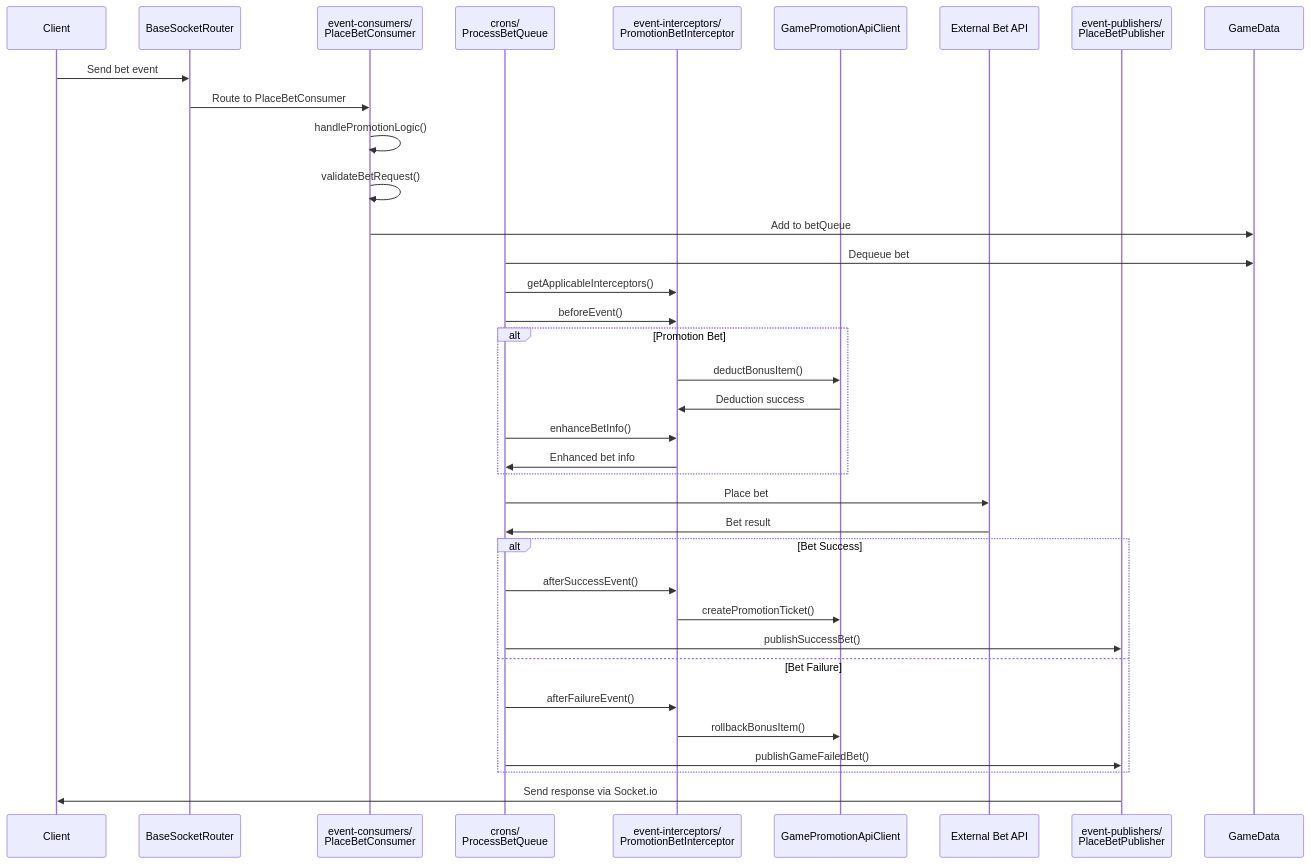
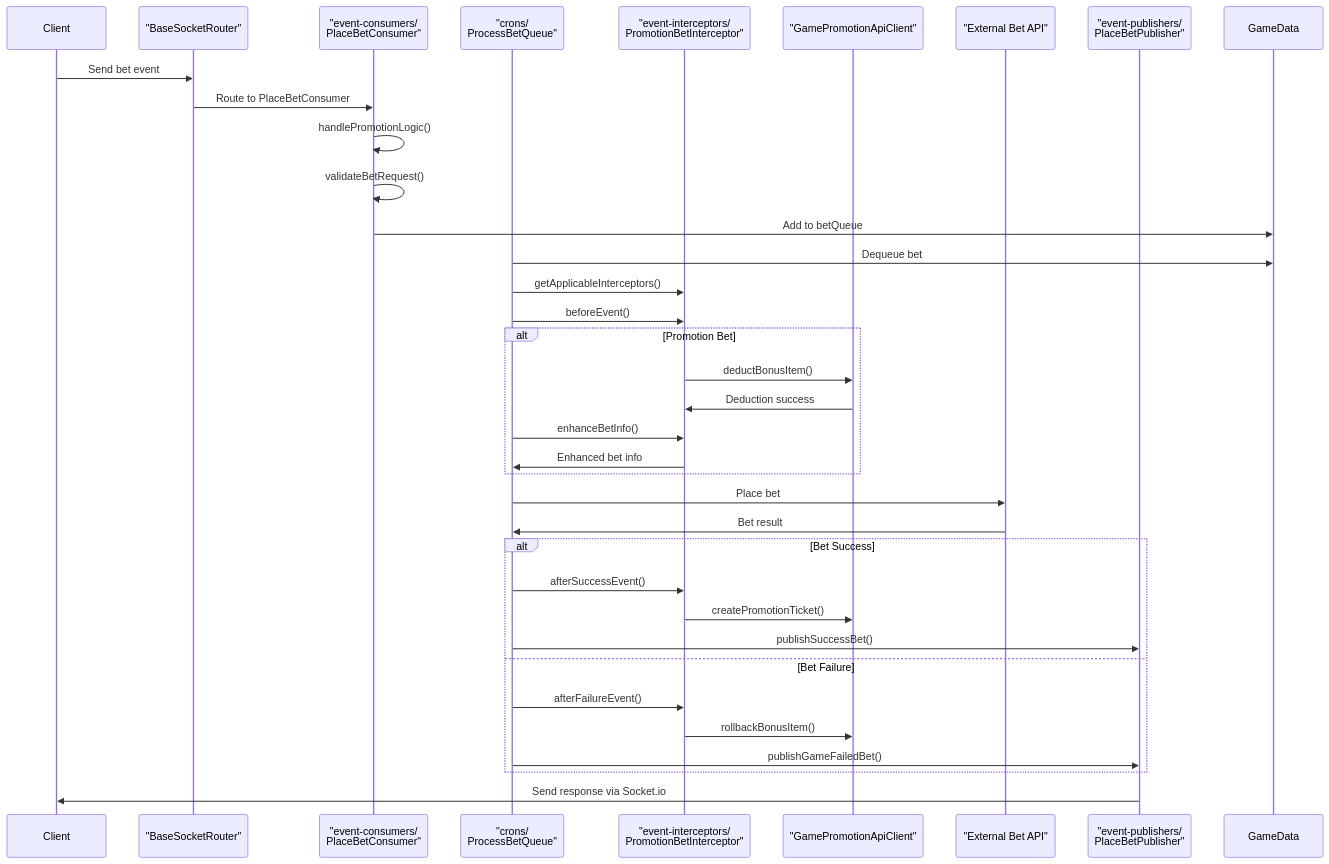
The seventh of 7 diagrams in diagrams/place-bet-flow-diagram.md (starixvn/l1_sc-packages_sc-game-base), drawn with Mermaid before and after one commit. The commit also changed other lines of this file, not shown here.

Commit message:
docs: update place-place-bet-flow-diagram

````diff
--- a/diagrams/place-bet-flow-diagram.md
+++ b/diagrams/place-bet-flow-diagram.md
@@ -255,44 +255,44 @@
 ```mermaid
 sequenceDiagram
     participant Client
-    participant Router as BaseSocketRouter
-    participant Consumer as event-consumers/<br/>PlaceBetConsumer
-    participant Queue as crons/<br/>ProcessBetQueue
-    participant Interceptor as event-interceptors/<br/>PromotionBetInterceptor
-    participant PromotionAPI as GamePromotionApiClient
-    participant BetAPI as External Bet API
-    participant Publisher as event-publishers/<br/>PlaceBetPublisher
+    participant Router as "BaseSocketRouter"
+    participant Consumer as "event-consumers/<br/>PlaceBetConsumer"
+    participant Queue as "crons/<br/>ProcessBetQueue"
+    participant Interceptor as "event-interceptors/<br/>PromotionBetInterceptor"
+    participant PromotionAPI as "GamePromotionApiClient"
+    participant BetAPI as "External Bet API"
+    participant Publisher as "event-publishers/<br/>PlaceBetPublisher"
     participant GameData
 
     Client->>Router: Send bet event
     Router->>Consumer: Route to PlaceBetConsumer
     Consumer->>Consumer: handlePromotionLogic()
     Consumer->>Consumer: validateBetRequest()
     Consumer->>GameData: Add to betQueue
 
     Queue->>GameData: Dequeue bet
     Queue->>Interceptor: getApplicableInterceptors()
     Queue->>Interceptor: beforeEvent()
 
     alt Promotion Bet
         Interceptor->>PromotionAPI: deductBonusItem()
         PromotionAPI->>Interceptor: Deduction success
         Queue->>Interceptor: enhanceBetInfo()
         Interceptor->>Queue: Enhanced bet info
     end
 
     Queue->>BetAPI: Place bet
     BetAPI->>Queue: Bet result
 
     alt Bet Success
         Queue->>Interceptor: afterSuccessEvent()
         Interceptor->>PromotionAPI: createPromotionTicket()
         Queue->>Publisher: publishSuccessBet()
     else Bet Failure
         Queue->>Interceptor: afterFailureEvent()
         Interceptor->>PromotionAPI: rollbackBonusItem()
         Queue->>Publisher: publishGameFailedBet()
     end
 
     Publisher->>Client: Send response via Socket.io
 ```
````
